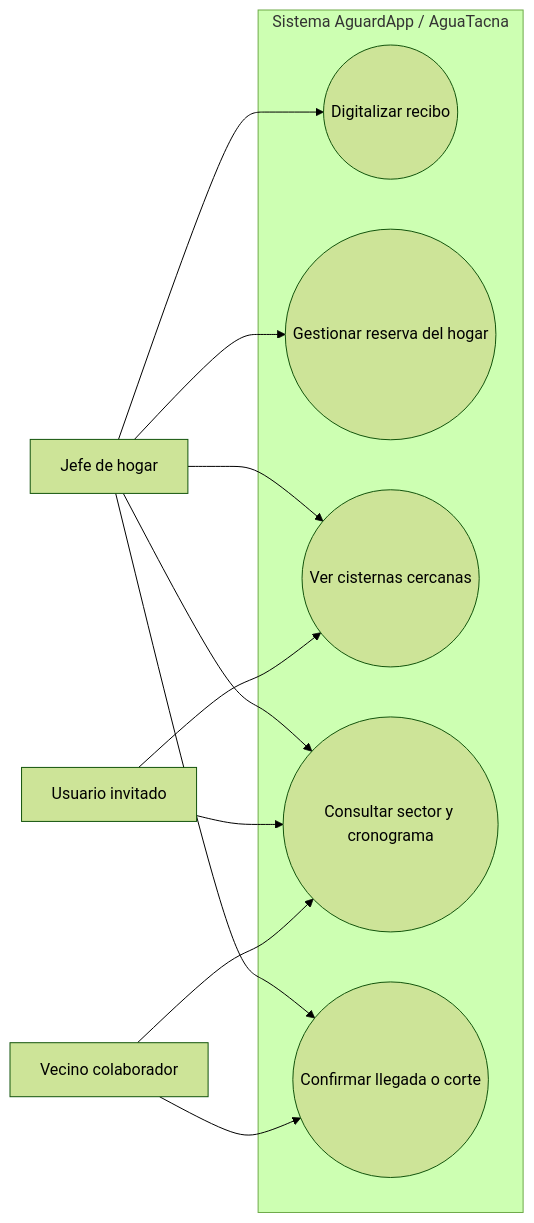
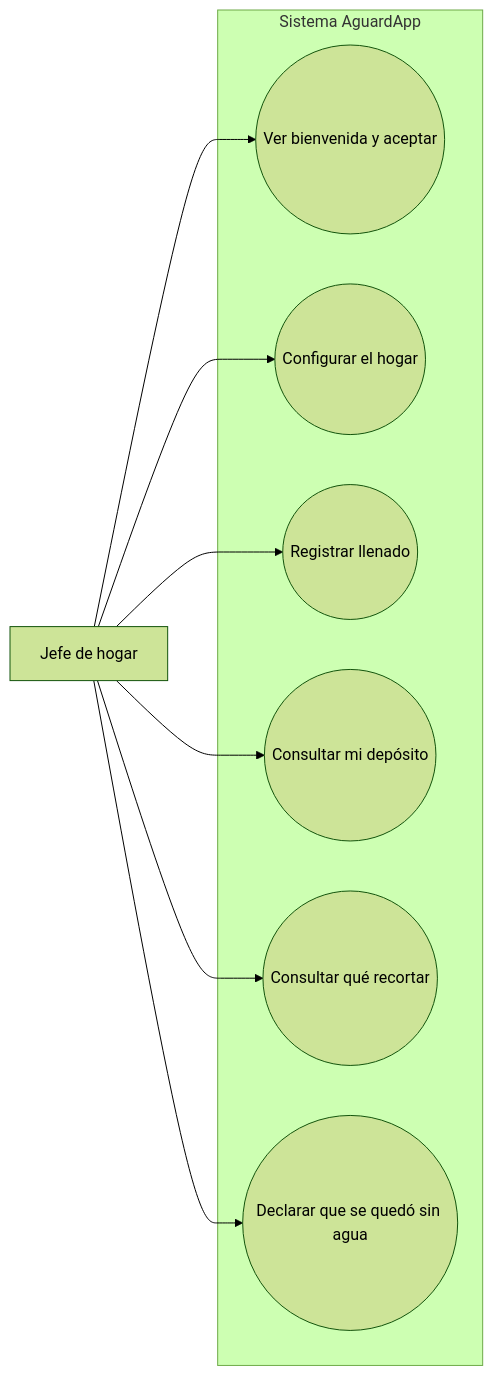
Before and after one commit to IkerASierraR/AguardApp: the second of 18 diagrams in informes/FD04-SAD.md, drawn with Mermaid (forest theme). The commit also changed other lines of this file and 2 other files, not shown here.

````diff
--- a/informes/FD04-SAD.md
+++ b/informes/FD04-SAD.md
@@ -120,24 +115,20 @@
 ```mermaid
 flowchart LR
     JH[Jefe de hogar]
-    UI[Usuario invitado]
-    VC[Vecino colaborador]
 
-    subgraph SYS[Sistema AguardApp / AguaTacna]
-      U1((Digitalizar recibo))
-      U2((Gestionar reserva del hogar))
-      U3((Ver cisternas cercanas))
-      U4((Consultar sector y cronograma))
-      U5((Confirmar llegada o corte))
+    subgraph SYS[Sistema AguardApp]
+      U1((Ver bienvenida y aceptar))
+      U2((Configurar el hogar))
+      U3((Registrar llenado))
+      U4((Consultar mi depósito))
+      U5((Consultar qué recortar))
+      U6((Declarar que se quedó sin agua))
     end
 
     JH --> U1
     JH --> U2
     JH --> U3
     JH --> U4
     JH --> U5
-    UI --> U3
-    UI --> U4
-    VC --> U4
-    VC --> U5
+    JH --> U6
 ```
````
